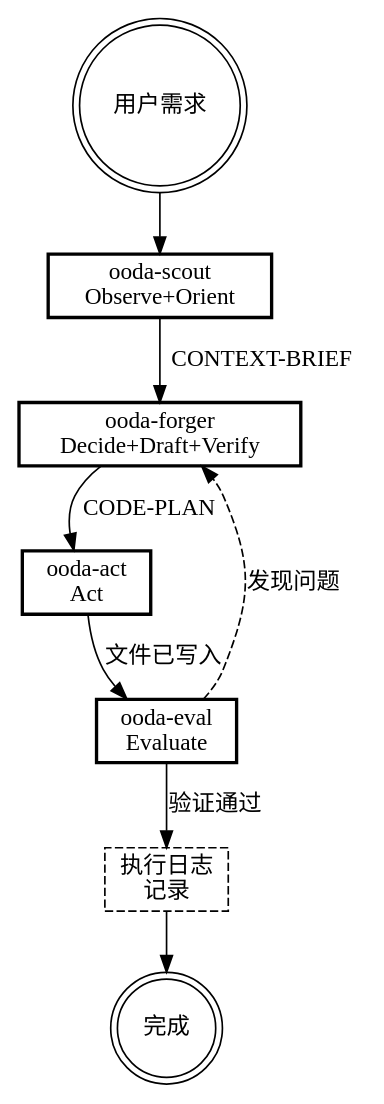
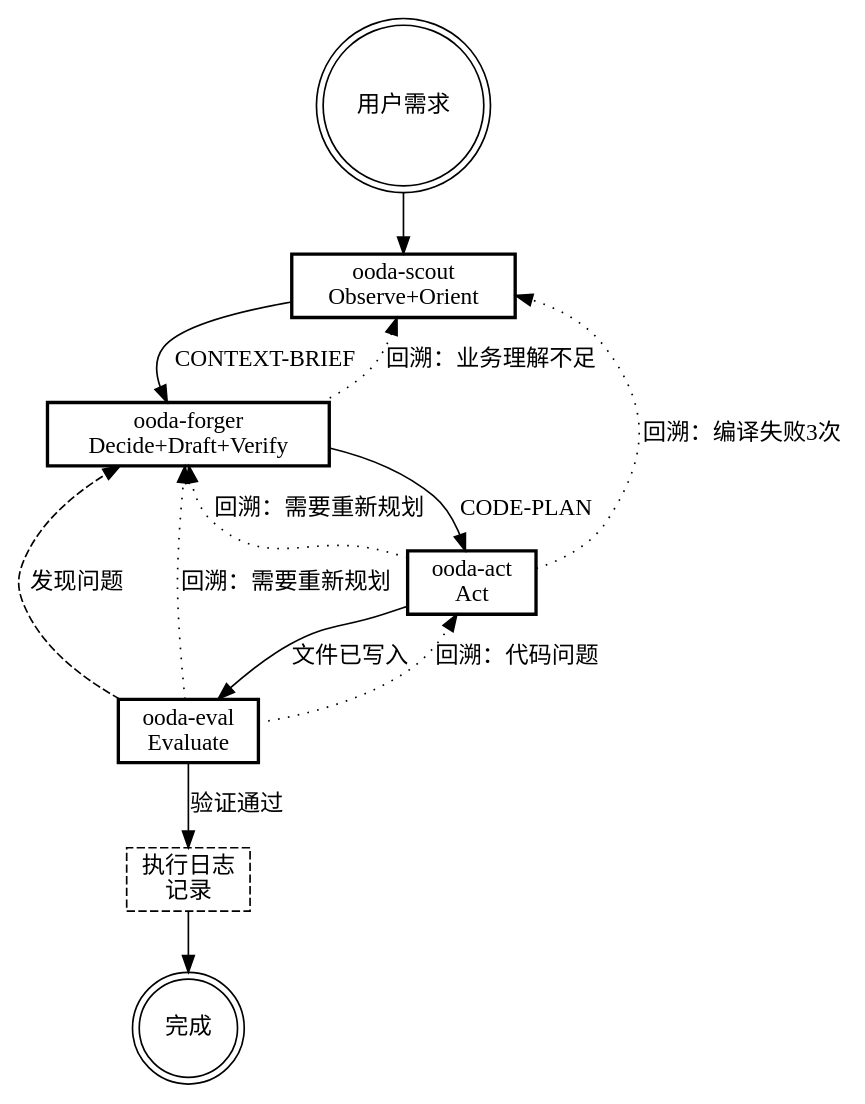
The diagram in skills/ooda-coder/SKILL.md (synuwxy/lunbian), drawn with Graphviz before and after one commit. The commit also changed other lines of this file and 9 other files, not shown here.

````diff
--- a/skills/ooda-coder/SKILL.md
+++ b/skills/ooda-coder/SKILL.md
@@ -36,22 +36,29 @@
 ```dot
 digraph ooda {
     rankdir=TB;
     node [shape=box];
 
     start [label="用户需求" shape=doublecircle];
     scout [label="ooda-scout\nObserve+Orient" style=bold];
     forger [label="ooda-forger\nDecide+Draft+Verify" style=bold];
     act [label="ooda-act\nAct" style=bold];
     eval [label="ooda-eval\nEvaluate" style=bold];
     log [label="执行日志\n记录" style=dashed];
     end [label="完成" shape=doublecircle];
 
     start -> scout;
     scout -> forger [label="CONTEXT-BRIEF"];
     forger -> act [label="CODE-PLAN"];
     act -> eval [label="文件已写入"];
     eval -> log [label="验证通过"];
     eval -> forger [label="发现问题" style=dashed];
     log -> end;
+
+    // 回溯边
+    forger -> scout [label="回溯：业务理解不足" style=dotted];
+    act -> scout [label="回溯：编译失败3次" style=dotted];
+    act -> forger [label="回溯：需要重新规划" style=dotted];
+    eval -> act [label="回溯：代码问题" style=dotted];
+    eval -> forger [label="回溯：需要重新规划" style=dotted];
 }
 ```
````
